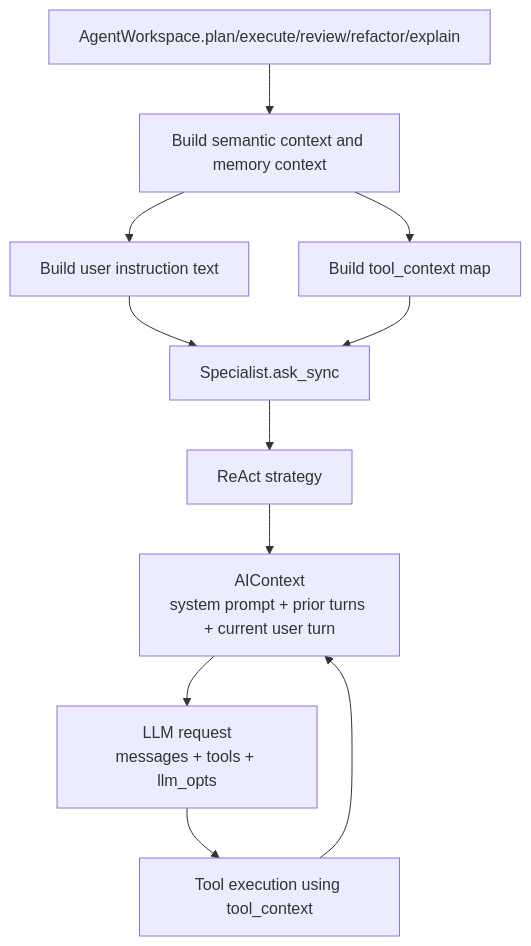
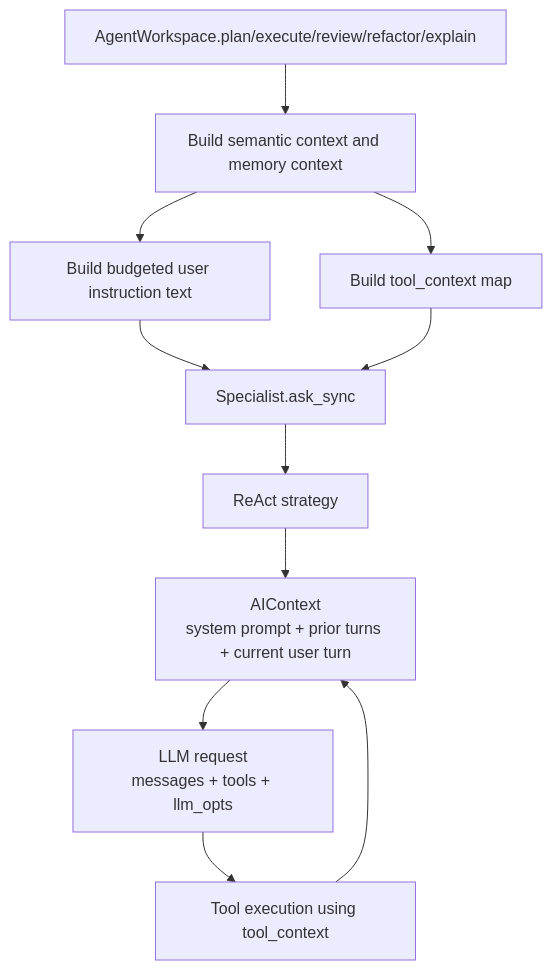
Before and after one commit to agentjido/jido_code: the diagram in docs/developer/05-specialist-prompts-context-and-tool-execution.md, drawn with Mermaid. The commit also changed other lines of this file and 31 other files, not shown here.

````diff
--- a/docs/developer/05-specialist-prompts-context-and-tool-execution.md
+++ b/docs/developer/05-specialist-prompts-context-and-tool-execution.md
@@ -27,23 +30,23 @@
 ```mermaid
 flowchart TD
   A["AgentWorkspace.plan/execute/review/refactor/explain"]
   B["Build semantic context and memory context"]
-  C["Build user instruction text"]
+  C["Build budgeted user instruction text"]
   D["Build tool_context map"]
   E["Specialist.ask_sync"]
   F["ReAct strategy"]
   G["AIContext<br/>system prompt + prior turns + current user turn"]
   H["LLM request<br/>messages + tools + llm_opts"]
   I["Tool execution using tool_context"]
 
   A --> B
   B --> C
   B --> D
   C --> E
   D --> E
   E --> F
   F --> G
   G --> H
   H --> I
   I --> G
 ```
````
